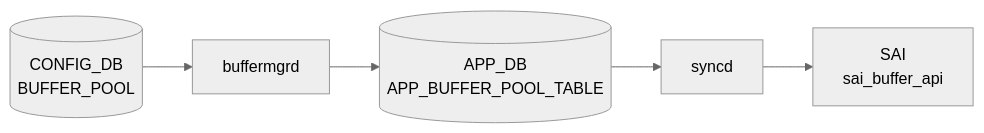
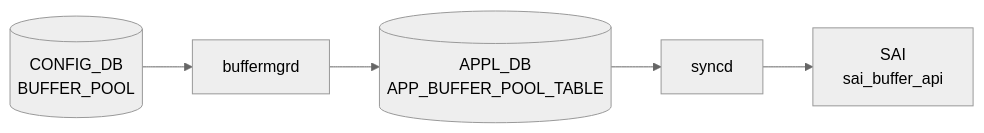
The diagram in docs/reference/config-db/buffer-pool.md (aoki-taquan/sonic-unofficial-docs), drawn with Mermaid (neutral theme) before and after one commit. The commit also changed 91 other files, not shown here.

First line of the commit message:
fix(review-067): APP_DB→APPL_DB in mermaid labels; exclude APPL_DB pages from auto-gen

````diff
--- a/docs/reference/config-db/buffer-pool.md
+++ b/docs/reference/config-db/buffer-pool.md
@@ -38,12 +38,12 @@
 ```mermaid
 flowchart LR
   CDB[("CONFIG_DB<br/>BUFFER_POOL")]
   DM["buffermgrd"]
   CDB --> DM
-  APPDB[("APP_DB<br/>APP_BUFFER_POOL_TABLE")]
+  APPDB[("APPL_DB<br/>APP_BUFFER_POOL_TABLE")]
   DM --> APPDB
   SYNCD["syncd"]
   APPDB --> SYNCD
   SAI["SAI<br/>sai_buffer_api"]
   SYNCD --> SAI
 ```
````
